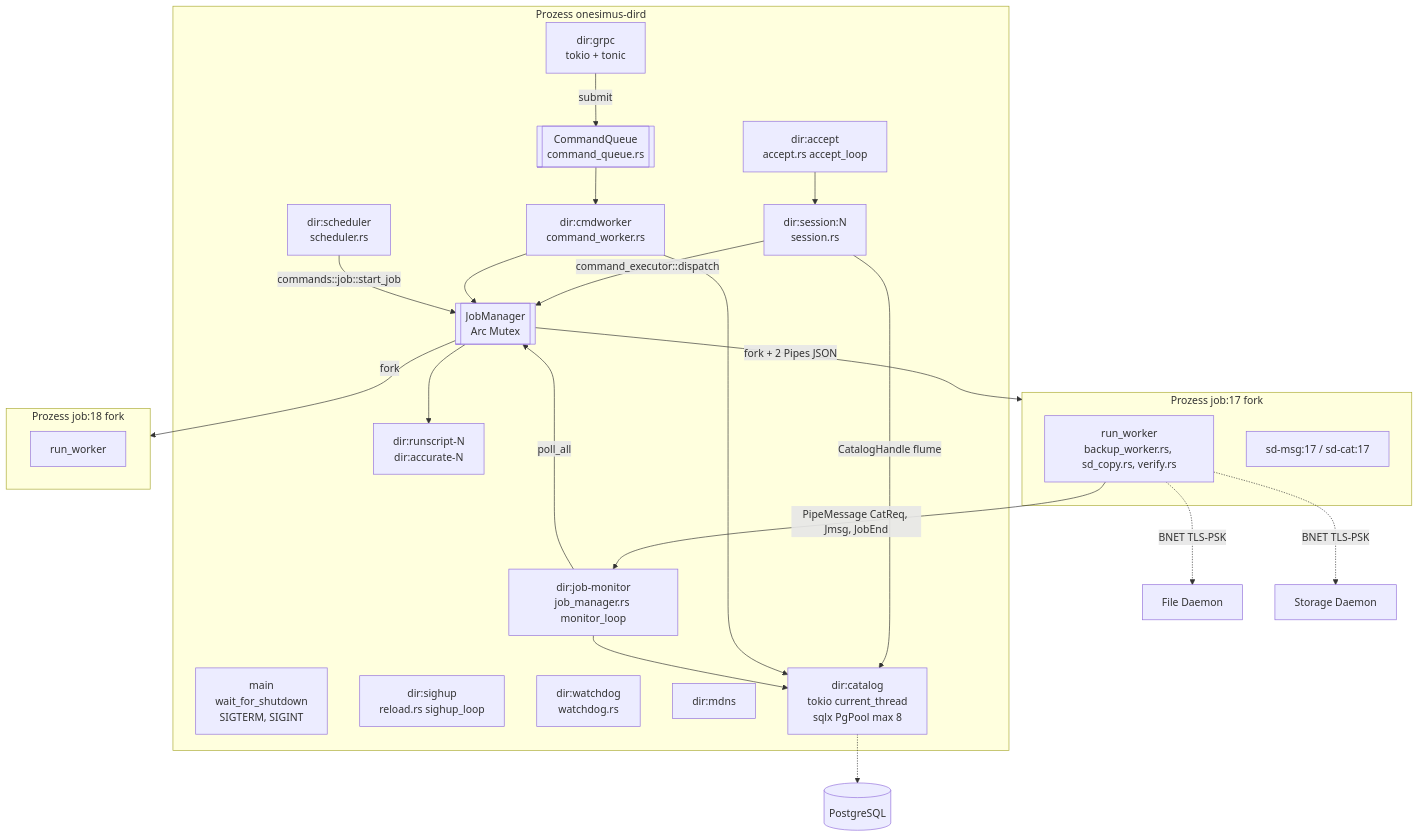
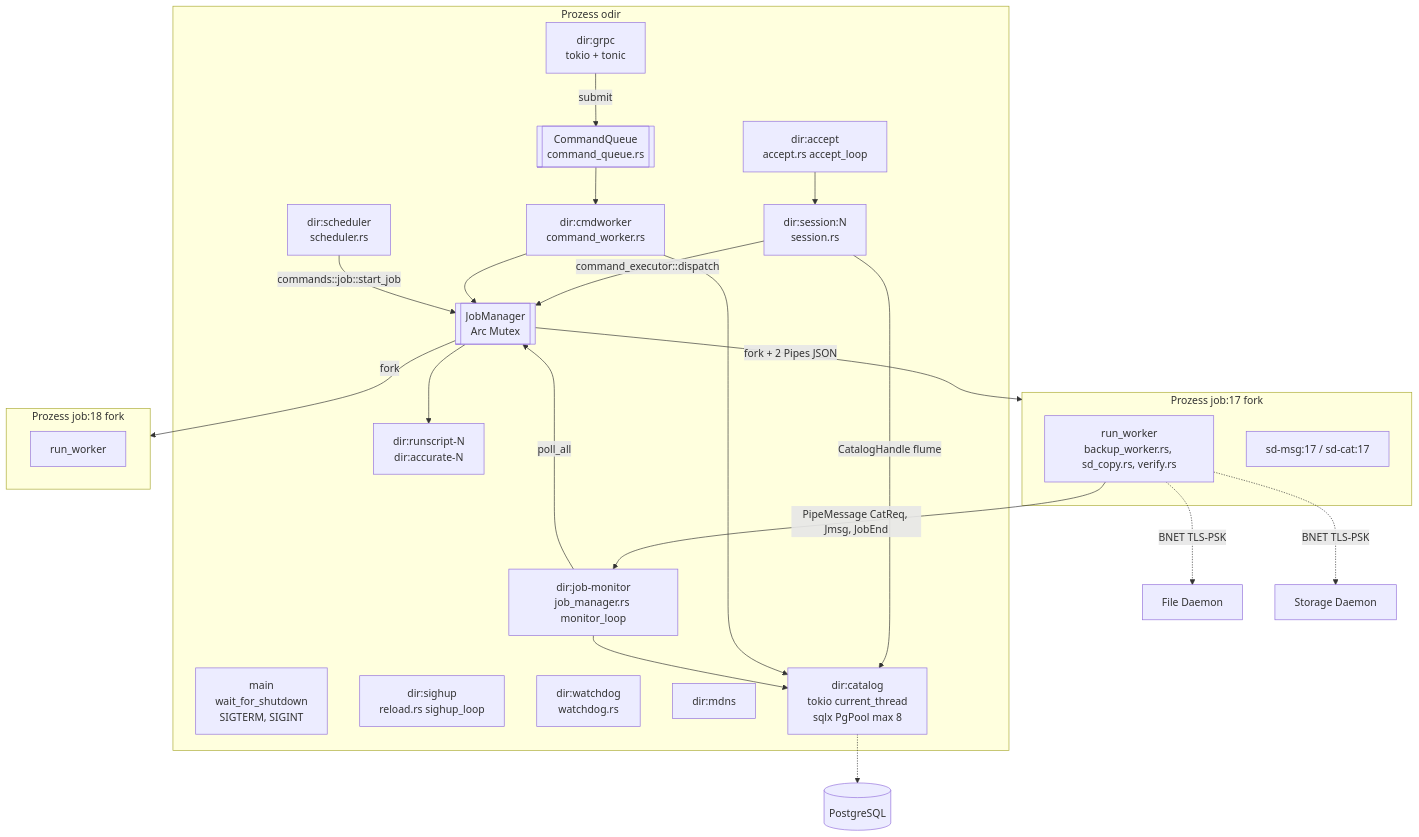
The second of 15 diagrams in docs/wiki/architektur-vergleich.md (Beerlesklopfer/onesimus-director), drawn with Mermaid before and after one commit. The commit also changed other lines of this file and 100 other files, not shown here.

````diff
--- a/docs/wiki/architektur-vergleich.md
+++ b/docs/wiki/architektur-vergleich.md
@@ -103,42 +103,42 @@
 ```mermaid
 flowchart TB
-    subgraph D["Prozess onesimus-dird"]
+    subgraph D["Prozess odir"]
         MAIN["main<br/>wait_for_shutdown<br/>SIGTERM, SIGINT"]
         HUP["dir:sighup<br/>reload.rs sighup_loop"]
         ACC["dir:accept<br/>accept.rs accept_loop"]
         S1["dir:session:N<br/>session.rs"]
         SCH["dir:scheduler<br/>scheduler.rs"]
         WD["dir:watchdog<br/>watchdog.rs"]
         MON["dir:job-monitor<br/>job_manager.rs monitor_loop"]
         JM[["JobManager<br/>Arc Mutex"]]
         CW["dir:cmdworker<br/>command_worker.rs"]
         CQ[["CommandQueue<br/>command_queue.rs"]]
         GRPC["dir:grpc<br/>tokio + tonic"]
         MDNS["dir:mdns"]
         CAT["dir:catalog<br/>tokio current_thread<br/>sqlx PgPool max 8"]
         RS["dir:runscript-N<br/>dir:accurate-N"]
     end
     subgraph W1["Prozess job:17 fork"]
         WK1["run_worker<br/>backup_worker.rs, sd_copy.rs, verify.rs"]
         SDM1["sd-msg:17 / sd-cat:17"]
     end
     subgraph W2["Prozess job:18 fork"]
         WK2["run_worker"]
     end
     ACC --> S1
     S1 -- "command_executor::dispatch" --> JM
     GRPC -- "submit" --> CQ --> CW
     CW --> JM
     SCH -- "commands::job::start_job" --> JM
     MON -- "poll_all" --> JM
     JM -- "fork + 2 Pipes JSON" --> W1
     JM -- "fork" --> W2
     WK1 -- "PipeMessage CatReq, Jmsg, JobEnd" --> MON
     S1 -- "CatalogHandle flume" --> CAT
     CW --> CAT
     MON --> CAT
     JM --> RS
     CAT -.-> DB[("PostgreSQL")]
     WK1 -. "BNET TLS-PSK" .-> FD["File Daemon"]
     WK1 -. "BNET TLS-PSK" .-> SD["Storage Daemon"]
 ```
````
